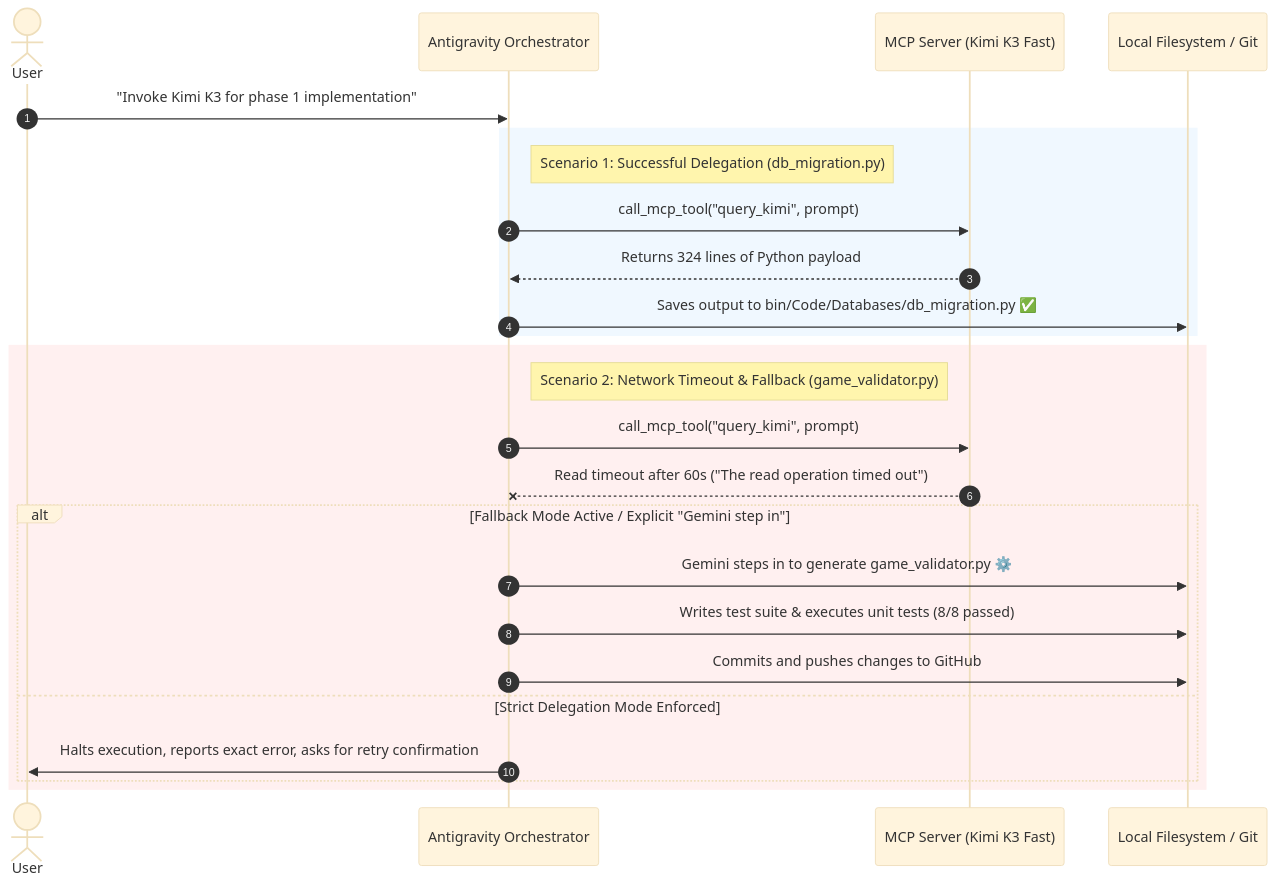
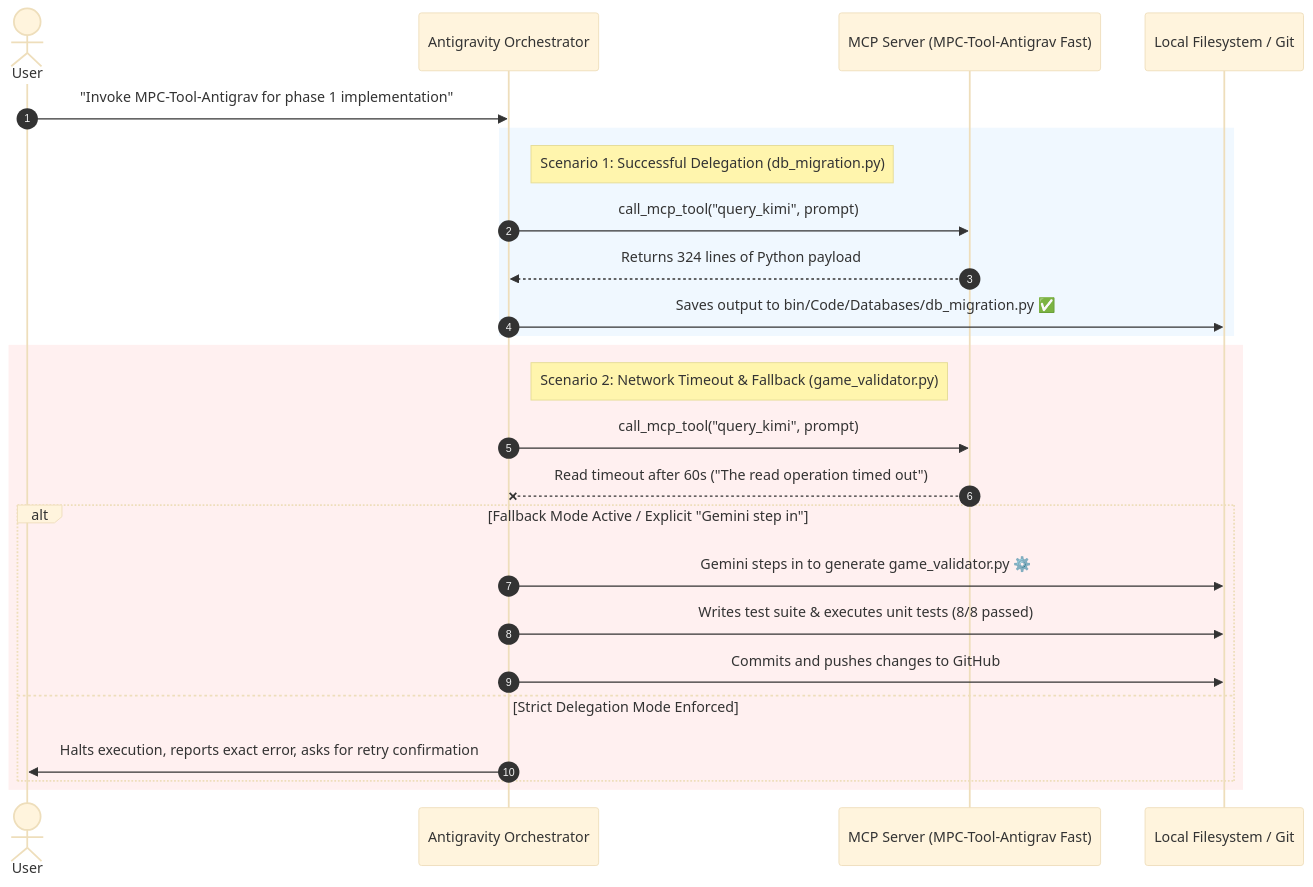
Before and after one commit to tidypy/Antigravity-MCP-AnyModel: the diagram in README.md, drawn with Mermaid (base theme). The commit also changed other lines of this file, not shown here.

First line of the commit message:
Replace 'Kimi K3 Fast' with 'MPC-Tool-Antigrav'

````diff
--- a/README.md
+++ b/README.md
@@ -448,30 +448,30 @@
 ```mermaid
 sequenceDiagram
     autonumber
     actor User
     participant AG as Antigravity Orchestrator
-    participant MCP as MCP Server (Kimi K3 Fast)
+    participant MCP as MCP Server (MPC-Tool-Antigrav Fast)
     participant FS as Local Filesystem / Git
 
-    User->>AG: "Invoke Kimi K3 for phase 1 implementation"
+    User->>AG: "Invoke MPC-Tool-Antigrav for phase 1 implementation"
     
     rect rgb(240, 248, 255)
     note right of AG: Scenario 1: Successful Delegation (db_migration.py)
     AG->>MCP: call_mcp_tool("query_kimi", prompt)
     MCP-->>AG: Returns 324 lines of Python payload
     AG->>FS: Saves output to bin/Code/Databases/db_migration.py ✅
     end
 
     rect rgb(255, 240, 240)
     note right of AG: Scenario 2: Network Timeout & Fallback (game_validator.py)
     AG->>MCP: call_mcp_tool("query_kimi", prompt)
     MCP--xAG: Read timeout after 60s ("The read operation timed out")
     alt Fallback Mode Active / Explicit "Gemini step in"
         AG->>FS: Gemini steps in to generate game_validator.py ⚙️
         AG->>FS: Writes test suite & executes unit tests (8/8 passed)
         AG->>FS: Commits and pushes changes to GitHub
     else Strict Delegation Mode Enforced
         AG->>User: Halts execution, reports exact error, asks for retry confirmation
     end
     end
 ```
````
